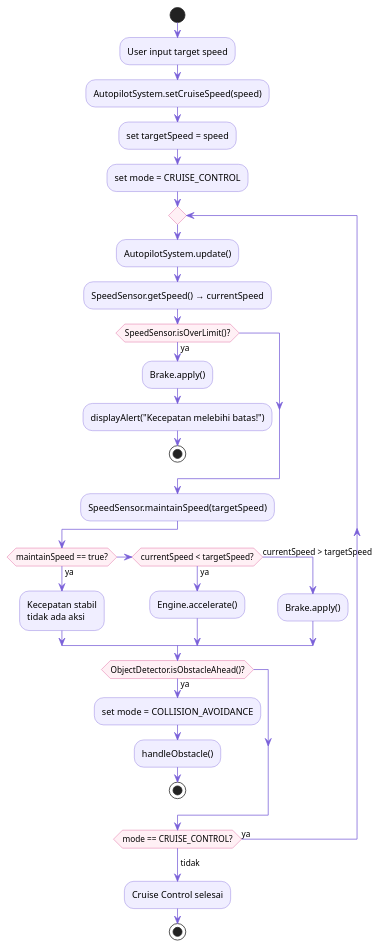
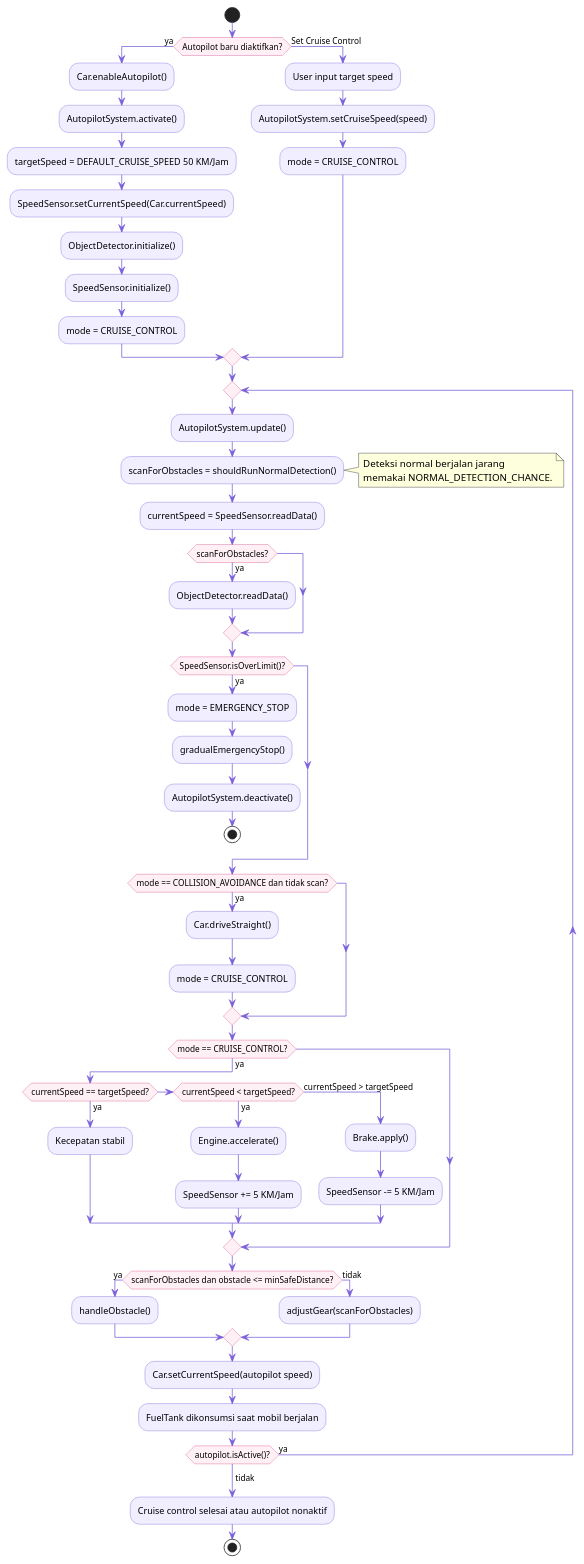
One commit to Musya351/OOP1 changed the diagram in activityDiagramPerFitur/CruiseControl.wsd. Above: the diagram before and after it, drawn with PlantUML. The commit also changed 13 other files, not shown here.

```diff
--- a/activityDiagramPerFitur/CruiseControl.wsd
+++ b/activityDiagramPerFitur/CruiseControl.wsd
@@ -1,49 +1,78 @@
 @startuml CruiseControl
 
 skinparam ActivityBackgroundColor #F0EEFF
 skinparam ActivityBorderColor #7A60D9
 skinparam ArrowColor #7A60D9
 skinparam ActivityDiamondBackgroundColor #FFF0F5
 skinparam ActivityDiamondBorderColor #D94A8C
 
 start
 
-:User input target speed;
-:AutopilotSystem.setCruiseSpeed(speed);
-:set targetSpeed = speed;
-:set mode = CRUISE_CONTROL;
+if (Autopilot baru diaktifkan?) then (ya)
+  :Car.enableAutopilot();
+  :AutopilotSystem.activate();
+  :targetSpeed = DEFAULT_CRUISE_SPEED 50 KM/Jam;
+  :SpeedSensor.setCurrentSpeed(Car.currentSpeed);
+  :ObjectDetector.initialize();
+  :SpeedSensor.initialize();
+  :mode = CRUISE_CONTROL;
+else (Set Cruise Control)
+  :User input target speed;
+  :AutopilotSystem.setCruiseSpeed(speed);
+  :mode = CRUISE_CONTROL;
+endif
 
 repeat
+  :AutopilotSystem.update();
+  :scanForObstacles = shouldRunNormalDetection();
+  note right
+    Deteksi normal berjalan jarang
+    memakai NORMAL_DETECTION_CHANCE.
+  end note
 
-  :AutopilotSystem.update();
-  :SpeedSensor.getSpeed() → currentSpeed;
+  :currentSpeed = SpeedSensor.readData();
+
+  if (scanForObstacles?) then (ya)
+    :ObjectDetector.readData();
+  endif
 
   if (SpeedSensor.isOverLimit()?) then (ya)
-    :Brake.apply();
-    :displayAlert("Kecepatan melebihi batas!");
+    :mode = EMERGENCY_STOP;
+    :gradualEmergencyStop();
+    :AutopilotSystem.deactivate();
     stop
   endif
 
-  :SpeedSensor.maintainSpeed(targetSpeed);
-
-  if (maintainSpeed == true?) then (ya)
-    :Kecepatan stabil\ntidak ada aksi;
-  elseif (currentSpeed < targetSpeed?) then (ya)
-    :Engine.accelerate();
-  else (currentSpeed > targetSpeed)
-    :Brake.apply();
+  if (mode == COLLISION_AVOIDANCE dan tidak scan?) then (ya)
+    :Car.driveStraight();
+    :mode = CRUISE_CONTROL;
   endif
 
-  if (ObjectDetector.isObstacleAhead()?) then (ya)
-    :set mode = COLLISION_AVOIDANCE;
-    :handleObstacle();
-    stop
+  if (mode == CRUISE_CONTROL?) then (ya)
+    if (currentSpeed == targetSpeed?) then (ya)
+      :Kecepatan stabil;
+    elseif (currentSpeed < targetSpeed?) then (ya)
+      :Engine.accelerate();
+      :SpeedSensor += 5 KM/Jam;
+    else (currentSpeed > targetSpeed)
+      :Brake.apply();
+      :SpeedSensor -= 5 KM/Jam;
+    endif
   endif
 
-repeat while (mode == CRUISE_CONTROL?) is (ya)
--> tidak;
+  if (scanForObstacles dan obstacle <= minSafeDistance?) then (ya)
+    :handleObstacle();
+  else (tidak)
+    :adjustGear(scanForObstacles);
+  endif
 
-:Cruise Control selesai;
+  :Car.setCurrentSpeed(autopilot speed);
+  :FuelTank dikonsumsi saat mobil berjalan;
+
+repeat while (autopilot.isActive()?) is (ya)
+->tidak;
+
+:Cruise control selesai atau autopilot nonaktif;
 stop
 
 @enduml
```
